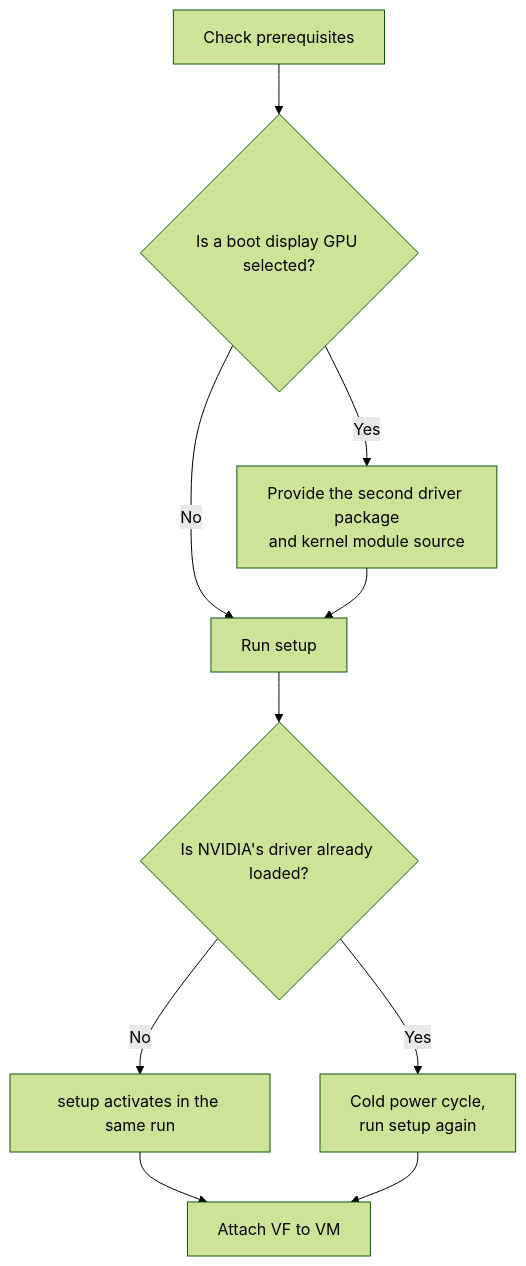
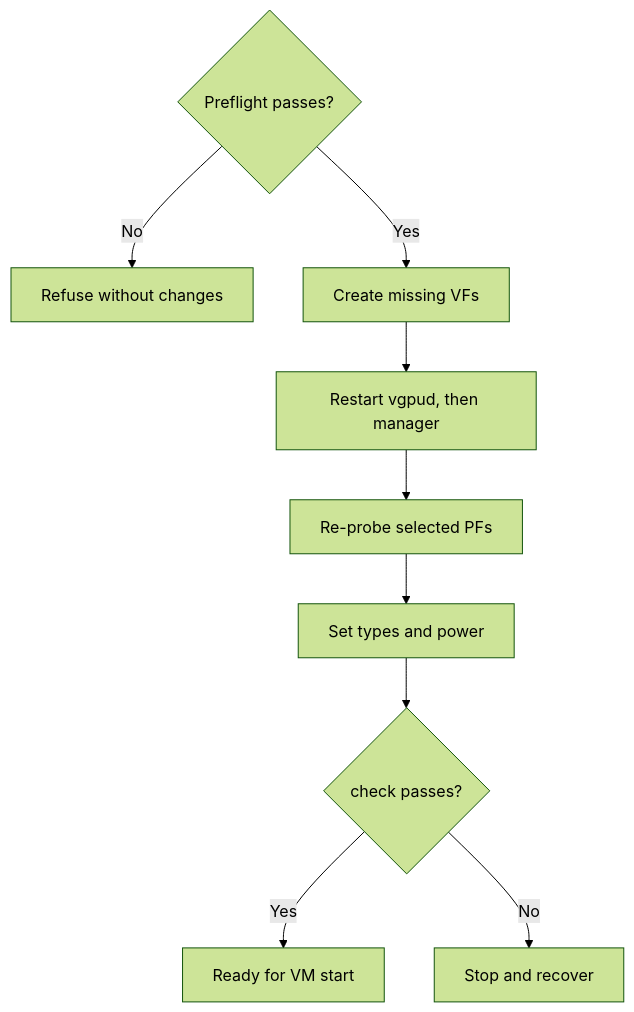
Before and after one commit to noon-at-cgn/geforce-sriov: the third of 7 diagrams in docs/installation.md, drawn with Mermaid (forest theme). The commit also changed other lines of this file and 86 other files, not shown here.

````diff
--- a/docs/installation.md
+++ b/docs/installation.md
@@ -105,11 +301,11 @@
 ```mermaid
 flowchart TD
-    A[Check prerequisites] --> B{Is a boot display GPU selected?}
-    B -->|No| C[Run setup]
-    B -->|Yes| D[Provide the second driver package<br/>and kernel module source] --> C
-    C --> E{Is NVIDIA's driver already loaded?}
-    E -->|No| F[setup activates in the same run]
-    E -->|Yes| G[Cold power cycle,<br/>run setup again]
-    F --> H[Attach VF to VM]
-    G --> H
+    A{Preflight passes?} -->|No| B[Refuse without changes]
+    A -->|Yes| C[Create missing VFs]
+    C --> D[Restart vgpud, then manager]
+    D --> E[Re-probe selected PFs]
+    E --> F[Set types and power]
+    F --> G{check passes?}
+    G -->|Yes| H[Ready for VM start]
+    G -->|No| I[Stop and recover]
 ```
````
